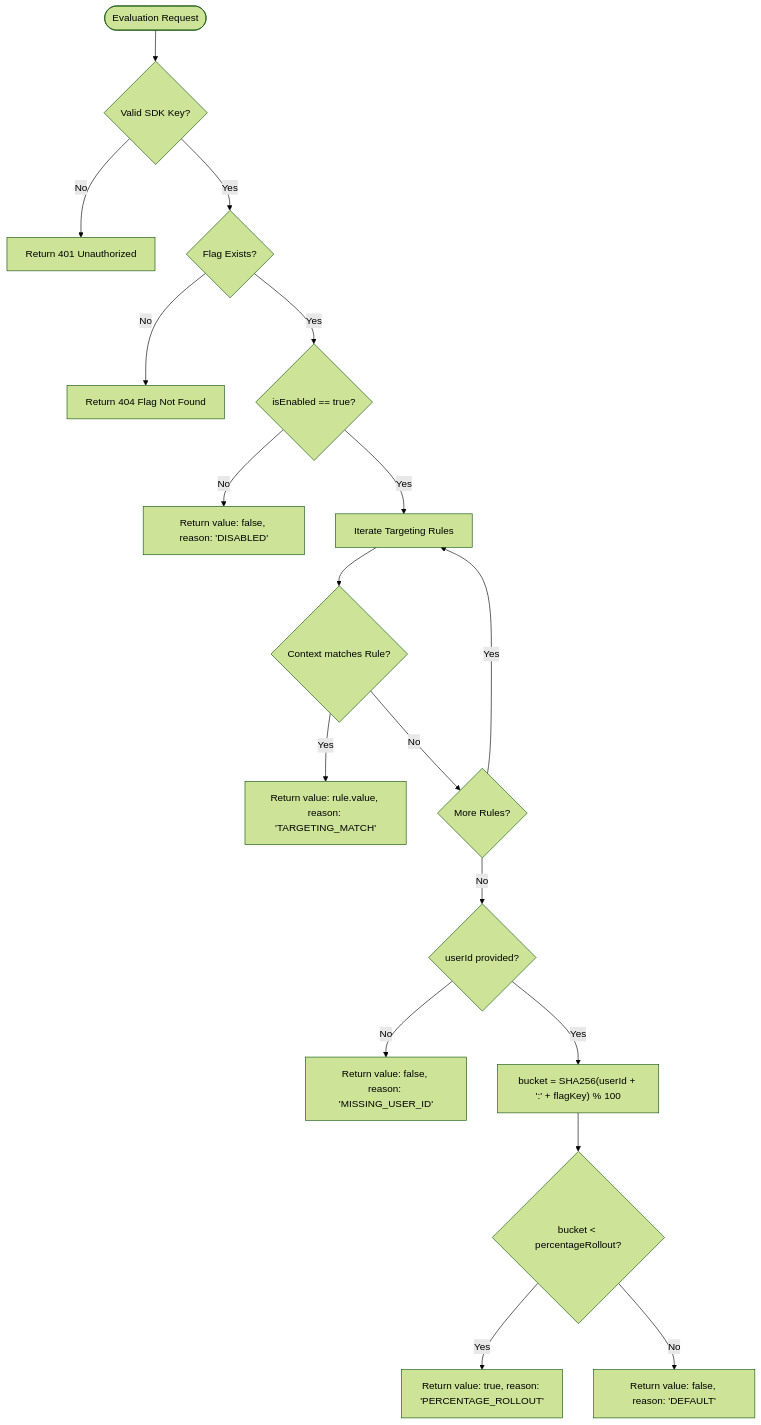
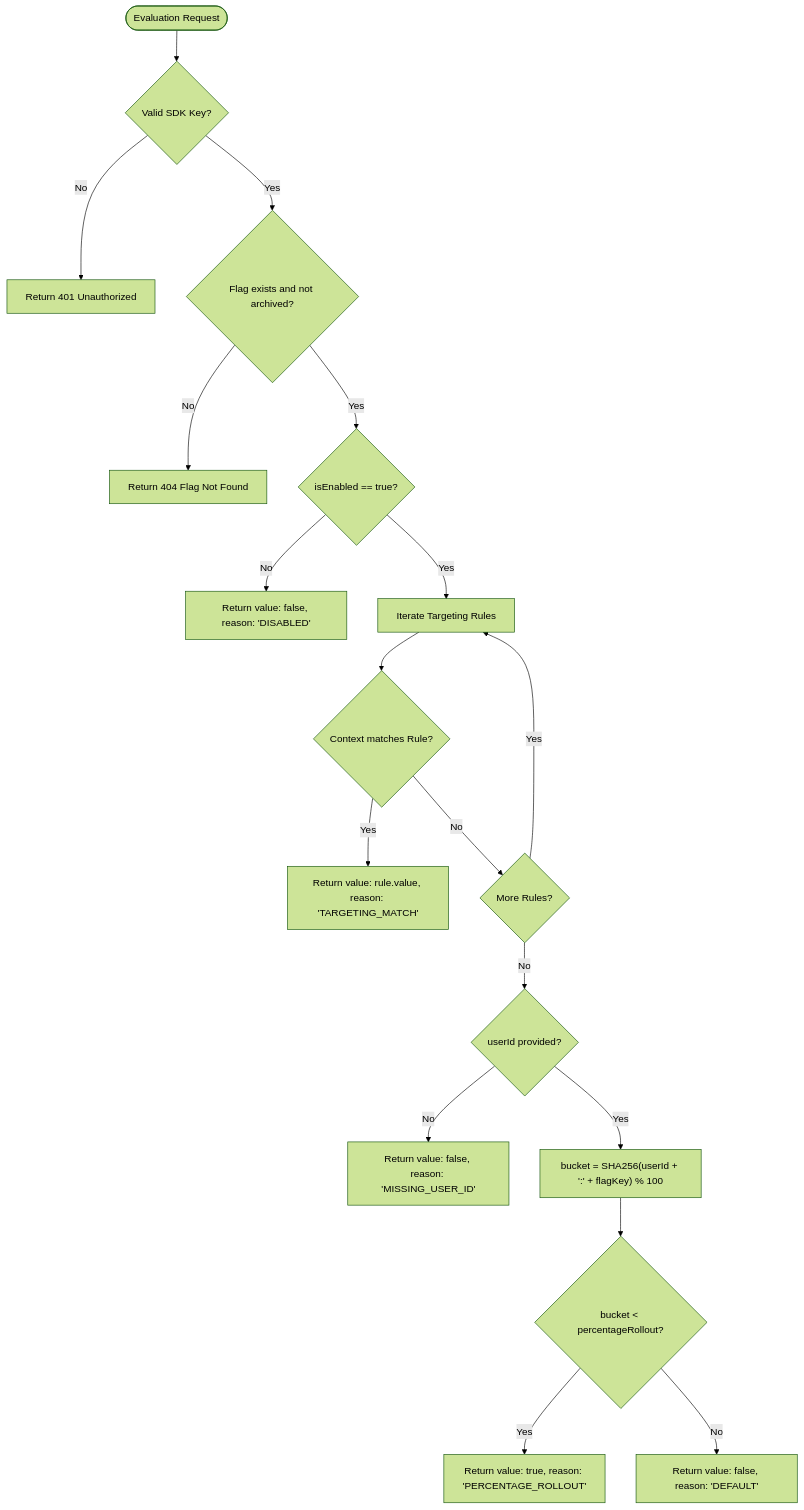
One commit to oleksandrdvukr/FlagForge changed the first of 2 diagrams in docs/01-srs.md. Above: the diagram before and after it, drawn with Mermaid (forest theme). The commit also changed other lines of this file, not shown here.

Commit message:
docs(srs): add soft delete, admin identity and flag key uniqueness (v1.1.0)

````diff
--- a/docs/01-srs.md
+++ b/docs/01-srs.md
@@ -133,24 +133,24 @@
 ```mermaid
 flowchart TD
   Start([Evaluation Request]) --> AuthCheck{Valid SDK Key?}
   AuthCheck -- No --> R401[Return 401 Unauthorized]
-  AuthCheck -- Yes --> FlagCheck{Flag Exists?}
+  AuthCheck -- Yes --> FlagCheck{Flag exists and not archived?}
   FlagCheck -- No --> R404[Return 404 Flag Not Found]
   FlagCheck -- Yes --> MasterCheck{isEnabled == true?}
 
   MasterCheck -- No --> ResDisabled["Return value: false, reason: 'DISABLED'"]
   MasterCheck -- Yes --> RuleLoop[Iterate Targeting Rules]
 
   RuleLoop --> RuleMatch{Context matches Rule?}
   RuleMatch -- Yes --> ResRule["Return value: rule.value, reason: 'TARGETING_MATCH'"]
   RuleMatch -- No --> HasMoreRules{More Rules?}
   HasMoreRules -- Yes --> RuleLoop
 
   HasMoreRules -- No --> CheckUserId{userId provided?}
   CheckUserId -- No --> ResNoUser["Return value: false, reason: 'MISSING_USER_ID'"]
   CheckUserId -- Yes --> ComputeHash["bucket = SHA256(userId + ':' + flagKey) % 100"]
 
   ComputeHash --> RolloutCheck{bucket < percentageRollout?}
   RolloutCheck -- Yes --> ResRolloutTrue["Return value: true, reason: 'PERCENTAGE_ROLLOUT'"]
   RolloutCheck -- No --> ResRolloutFalse["Return value: false, reason: 'DEFAULT'"]
 ```
````
